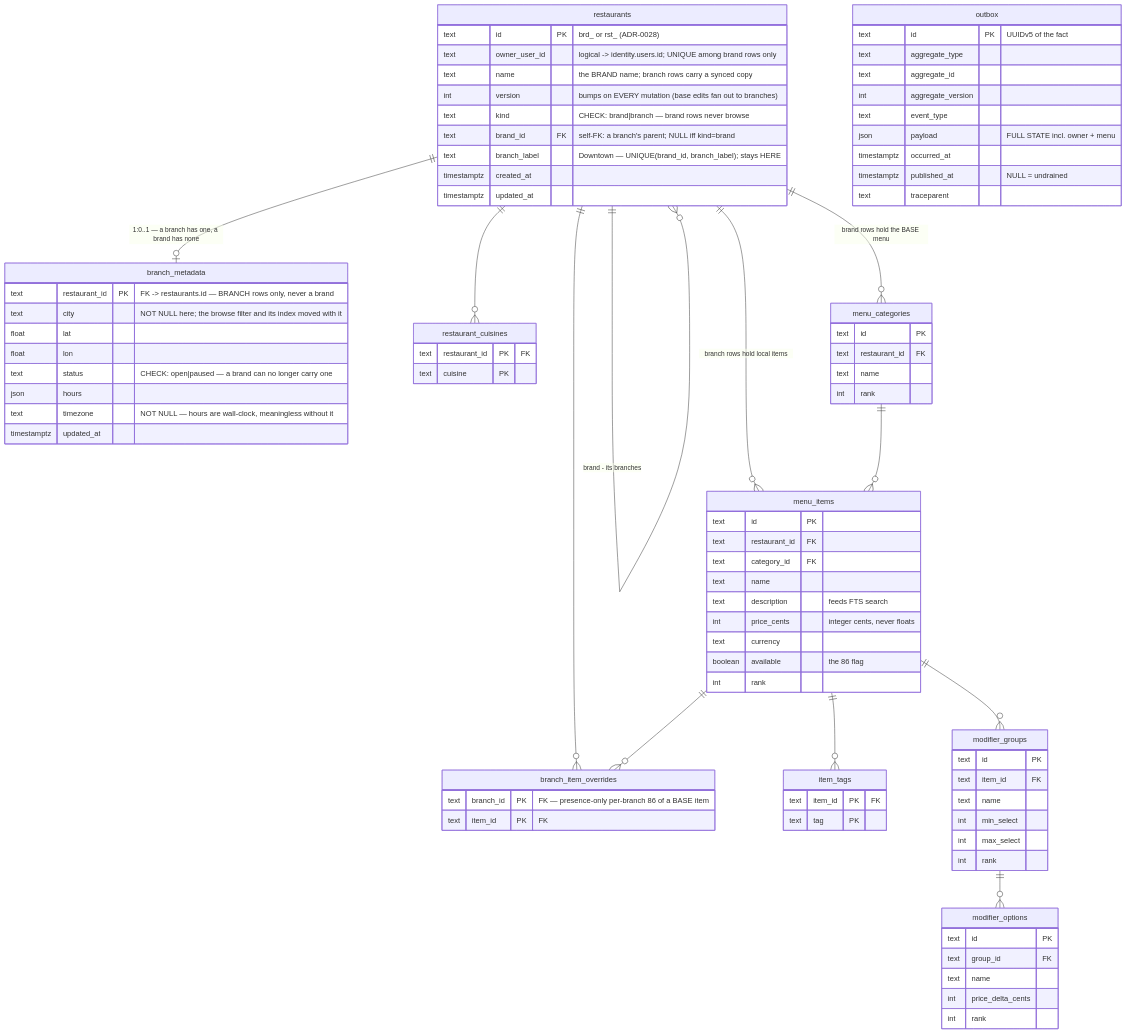
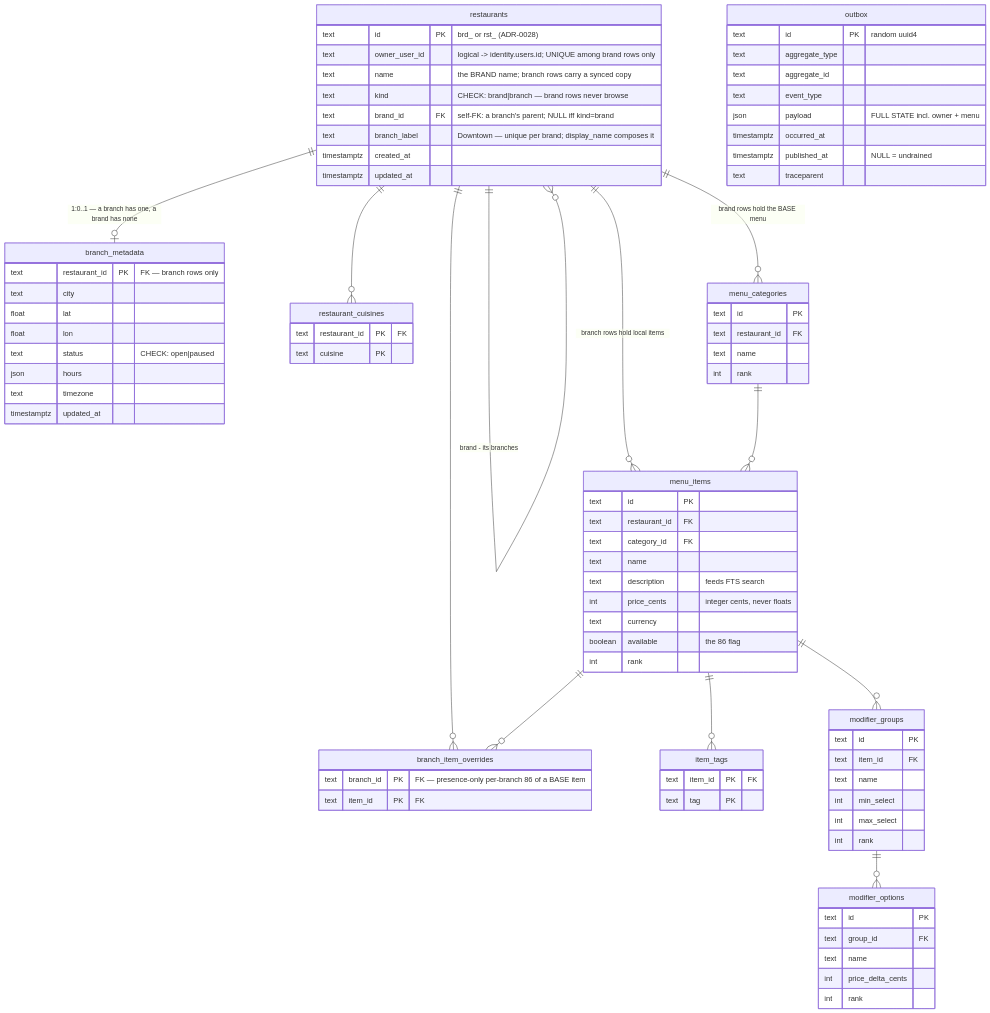
One commit to Aizazahmed-7/SmartFoodOps changed the second of 7 diagrams in docs/erd.md. Above: the diagram before and after it, drawn with Mermaid. The commit also changed other lines of this file, not shown here.

```diff
--- a/docs/erd.md
+++ b/docs/erd.md
@@ -76,21 +76,20 @@
         text id PK "brd_ or rst_ (ADR-0028)"
         text owner_user_id "logical -> identity.users.id; UNIQUE among brand rows only"
         text name "the BRAND name; branch rows carry a synced copy"
-        int version "bumps on EVERY mutation (base edits fan out to branches)"
         text kind "CHECK: brand|branch — brand rows never browse"
         text brand_id FK "self-FK: a branch's parent; NULL iff kind=brand"
-        text branch_label "Downtown — UNIQUE(brand_id, branch_label); stays HERE"
+        text branch_label "Downtown — unique per brand; display_name composes it"
         timestamptz created_at
         timestamptz updated_at
     }
     branch_metadata {
-        text restaurant_id PK "FK -> restaurants.id — BRANCH rows only, never a brand"
-        text city "NOT NULL here; the browse filter and its index moved with it"
+        text restaurant_id PK "FK — branch rows only"
+        text city
         float lat
         float lon
-        text status "CHECK: open|paused — a brand can no longer carry one"
+        text status "CHECK: open|paused"
         json hours
-        text timezone "NOT NULL — hours are wall-clock, meaningless without it"
+        text timezone
         timestamptz updated_at
     }
     branch_item_overrides {
@@ -138,10 +137,9 @@
         int rank
     }
     outbox {
-        text id PK "UUIDv5 of the fact"
+        text id PK "random uuid4"
         text aggregate_type
         text aggregate_id
-        int aggregate_version
         text event_type
         json payload "FULL STATE incl. owner + menu"
         timestamptz occurred_at
```
